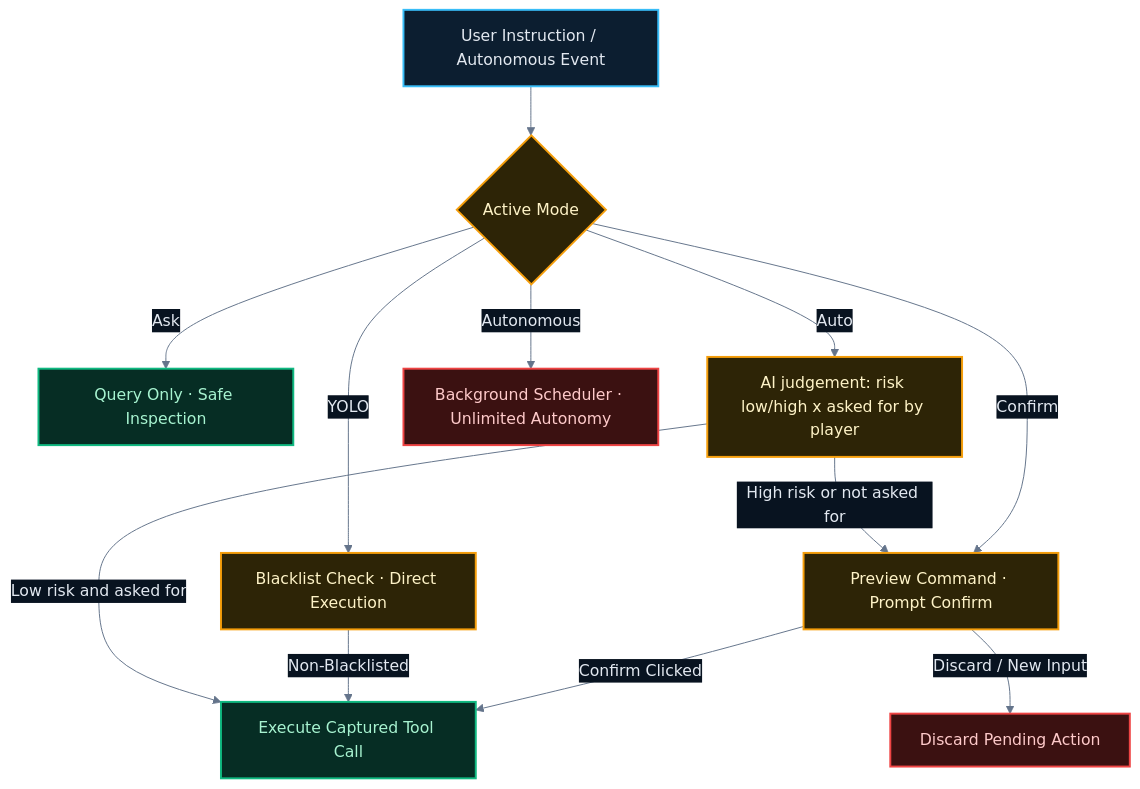
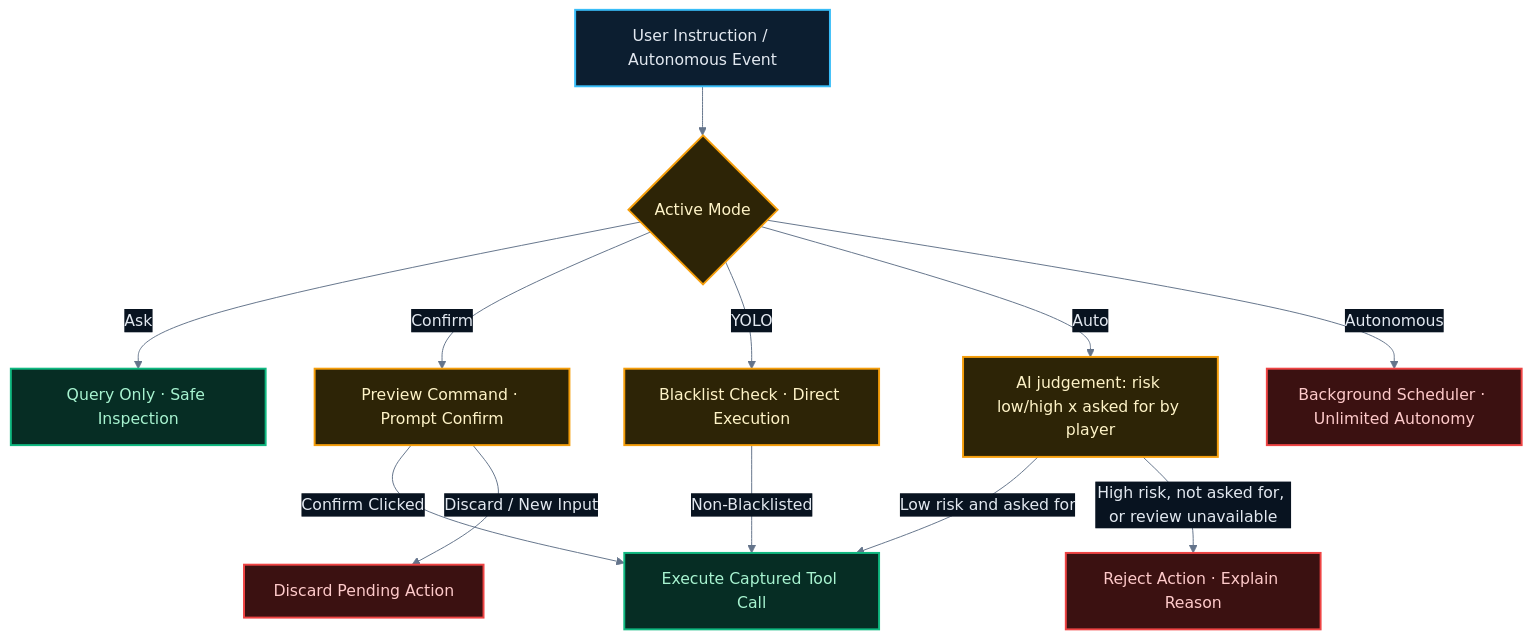
One commit to mushroomTW/RimAgent changed the diagram in README.md. Above: the diagram before and after it, drawn with Mermaid. The commit also changed other lines of this file and 38 other files, not shown here.

````diff
--- a/README.md
+++ b/README.md
@@ -124,23 +128,23 @@
 ```mermaid
 %%{init: {"theme": "base", "themeVariables": {
   "primaryColor": "#0c1e30", "primaryTextColor": "#e2e8f0", "primaryBorderColor": "#38bdf8",
   "lineColor": "#64748b", "secondaryColor": "#081320", "tertiaryColor": "#1e293b",
   "fontFamily": "system-ui, -apple-system, Segoe UI, Roboto, sans-serif"}}}%%
 flowchart TD
     classDef safe fill:#062d24,stroke:#10b981,color:#a7f3d0,stroke-width:2px
     classDef check fill:#2d2406,stroke:#f59e0b,color:#fef3c7,stroke-width:2px
     classDef alert fill:#3b1111,stroke:#ef4444,color:#fecaca,stroke-width:2px
     classDef agent fill:#0c1e30,stroke:#38bdf8,color:#e2e8f0,stroke-width:2px
 
     CMD[User Instruction / Autonomous Event]:::agent --> MODE{Active Mode}:::check
     MODE -->|Ask| QRY[Query Only · Safe Inspection]:::safe
     MODE -->|Confirm| PRE[Preview Command · Prompt Confirm]:::check
     MODE -->|YOLO| YOL[Blacklist Check · Direct Execution]:::check
     MODE -->|Auto| CLF[AI judgement: risk low/high x asked for by player]:::check
     MODE -->|Autonomous| SCH[Background Scheduler · Unlimited Autonomy]:::alert
     PRE -->|Confirm Clicked| EXEC[Execute Captured Tool Call]:::safe
     PRE -->|Discard / New Input| DROP[Discard Pending Action]:::alert
     YOL -->|Non-Blacklisted| EXEC
     CLF -->|Low risk and asked for| EXEC
-    CLF -->|High risk or not asked for| PRE
+    CLF -->|High risk, not asked for, or review unavailable| REJ[Reject Action · Explain Reason]:::alert
 ```
````
